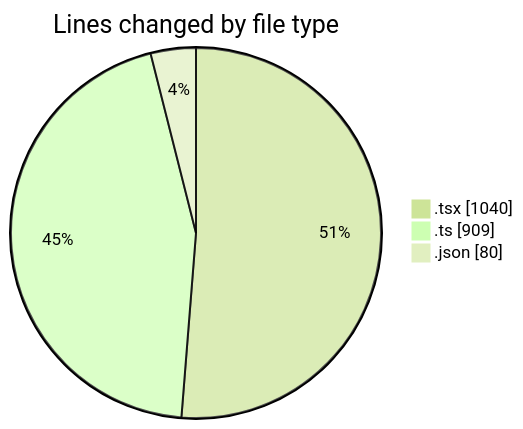
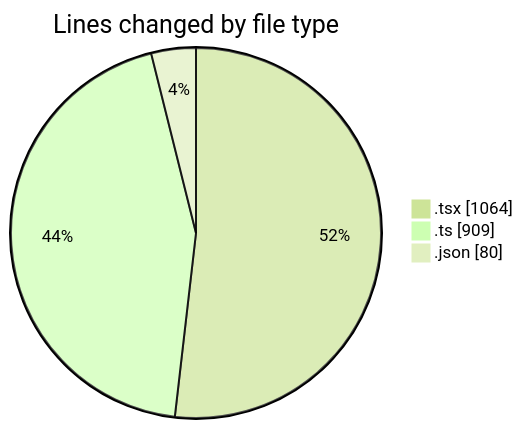
The first of 2 diagrams in 2026-03-25/nxtqube_webapp/README.md (nxtqubesakshisongat/code-tracking), drawn with Mermaid (forest theme) before and after one commit. The commit also changed other lines of this file and 1 other file, not shown here.

````diff
--- a/2026-03-25/nxtqube_webapp/README.md
+++ b/2026-03-25/nxtqube_webapp/README.md
@@ -25,7 +25,7 @@
 ```mermaid
 pie showData
 title Lines changed by file type
-".tsx" : 1040
+".tsx" : 1064
 ".ts" : 909
 ".json" : 80
 ```
````
